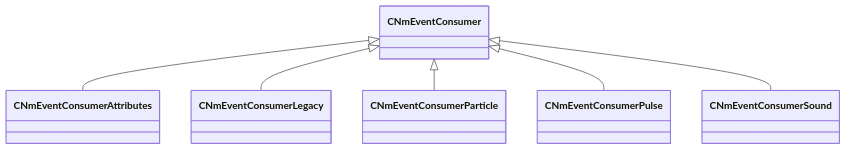
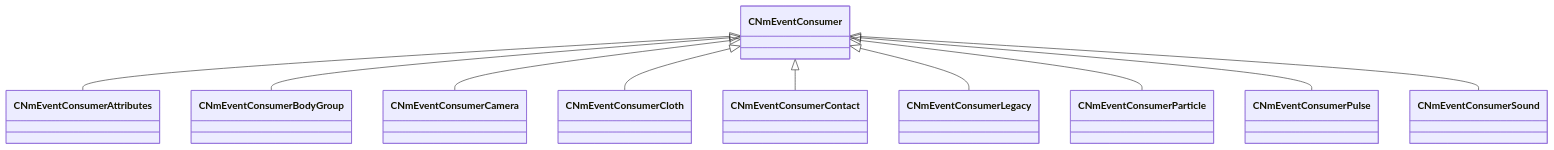
The diagram in docs/generated/schemas/server/CNmEventConsumer.md (CS2OpenDev/CS2OpenDev-Docs), drawn with Mermaid before and after one commit. The commit also changed other lines of this file and 4654 other files, not shown here.

Commit message:
docs: regenerate for SchemaTracker build 25947352 [skip ci]

````diff
--- a/docs/generated/schemas/server/CNmEventConsumer.md
+++ b/docs/generated/schemas/server/CNmEventConsumer.md
@@ -19,8 +19,12 @@
 ```mermaid
 classDiagram
     CNmEventConsumer <|-- CNmEventConsumerAttributes
+    CNmEventConsumer <|-- CNmEventConsumerBodyGroup
+    CNmEventConsumer <|-- CNmEventConsumerCamera
+    CNmEventConsumer <|-- CNmEventConsumerCloth
+    CNmEventConsumer <|-- CNmEventConsumerContact
     CNmEventConsumer <|-- CNmEventConsumerLegacy
     CNmEventConsumer <|-- CNmEventConsumerParticle
     CNmEventConsumer <|-- CNmEventConsumerPulse
     CNmEventConsumer <|-- CNmEventConsumerSound
 ```
````
